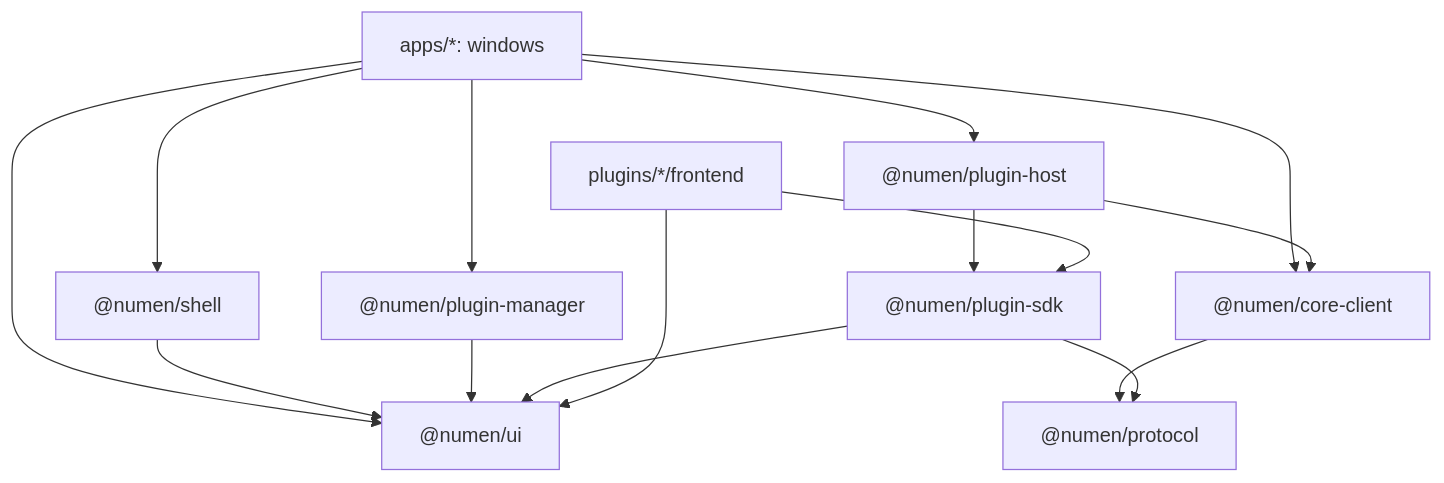
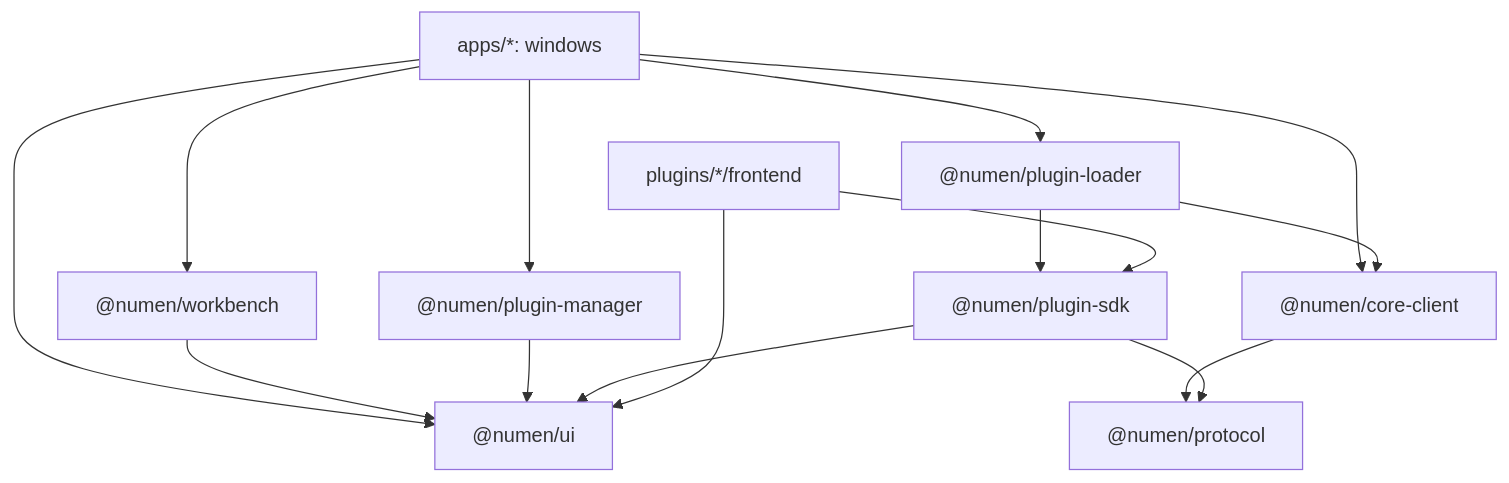
Before and after one commit to jiva-studio/numen: the diagram in .agents/skills/nm-place-library/SKILL.md, drawn with Mermaid. The commit also changed other lines of this file and 4348 other files, not shown here.

````diff
--- a/.agents/skills/nm-place-library/SKILL.md
+++ b/.agents/skills/nm-place-library/SKILL.md
@@ -23,17 +23,17 @@
 ```mermaid
 graph TD
-    Window["apps/*: windows"] --> Shell["@numen/shell"]
+    Window["apps/*: windows"] --> Shell["@numen/workbench"]
     Window --> UI["@numen/ui"]
     Window --> Client["@numen/core-client"]
     Window --> Manager["@numen/plugin-manager"]
-    Window --> Host["@numen/plugin-host"]
+    Window --> Host["@numen/plugin-loader"]
     Shell --> UI
     Manager --> UI
     Client --> Protocol["@numen/protocol"]
     Host --> SDK["@numen/plugin-sdk"]
     Host --> Client
     SDK --> Protocol
     SDK --> UI
     Plugin["plugins/*/frontend"] --> SDK
     Plugin --> UI
 ```
````
